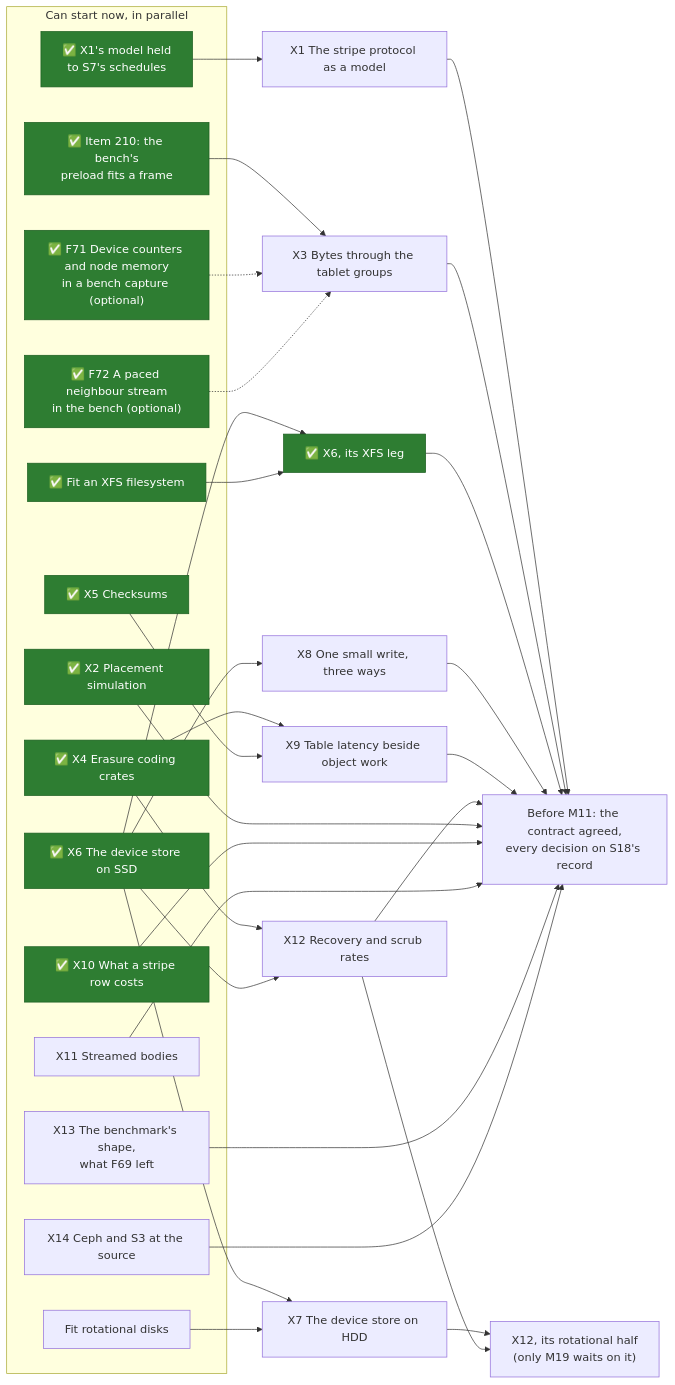
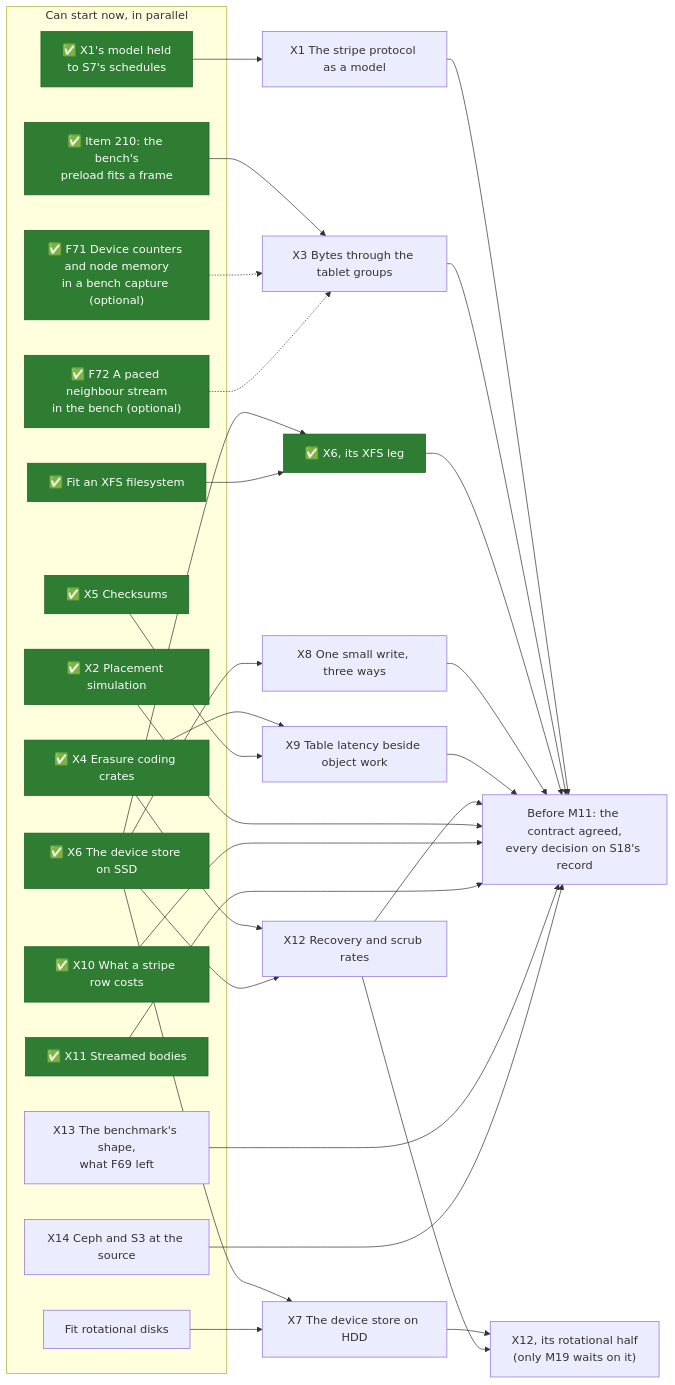
The first of 2 diagrams in docs/src/object-storage/whats-left-todo.md (mjcarson/shoal), drawn with Mermaid before and after one commit. The commit also changed other lines of this file and 73 other files, not shown here.

````diff
--- a/docs/src/object-storage/whats-left-todo.md
+++ b/docs/src/object-storage/whats-left-todo.md
@@ -26,56 +27,56 @@
 ```mermaid
 flowchart LR
     classDef done fill:#2e7d32,stroke:#1b5e20,color:#ffffff
     classDef optional stroke-dasharray: 5 5
     subgraph now["Can start now, in parallel"]
         R1["✅ X1's model held<br>to S7's schedules"]:::done
         R2["✅ Item 210: the bench's<br>preload fits a frame"]:::done
         XFS["✅ Fit an XFS filesystem"]:::done
         Disks["Fit rotational disks"]
         X2["✅ X2 Placement simulation"]:::done
         X4["✅ X4 Erasure coding crates"]:::done
         X5["✅ X5 Checksums"]:::done
         X6["✅ X6 The device store on SSD"]:::done
         X10["✅ X10 What a stripe row costs"]:::done
-        X11["X11 Streamed bodies"]
+        X11["✅ X11 Streamed bodies"]:::done
         X13["X13 The benchmark's shape,<br>what F69 left"]
         X14["X14 Ceph and S3 at the source"]
         Counters["✅ F71 Device counters and node memory<br>in a bench capture (optional)"]:::done
         Neighbour["✅ F72 A paced neighbour stream<br>in the bench (optional)"]:::done
     end
     X1["X1 The stripe protocol as a model"]
     X3["X3 Bytes through the tablet groups"]
     X6x["✅ X6, its XFS leg"]:::done
     X7["X7 The device store on HDD"]
     X8["X8 One small write, three ways"]
     X9["X9 Table latency beside object work"]
     X12["X12 Recovery and scrub rates"]
     X12r["X12, its rotational half<br>(only M19 waits on it)"]
     Gate["Before M11: the contract agreed,<br>every decision on S18's record"]
     R1 --> X1
     R2 --> X3
     X6 --> X6x
     XFS --> X6x
     X6 --> X7
     Disks --> X7
     X6 --> X8
     X4 --> X9
     X5 --> X9
     X4 --> X12
     X6 --> X12
     X7 --> X12r
     X12 --> X12r
     Counters -.-> X3
     Neighbour -.-> X3
     X1 --> Gate
     X3 --> Gate
     X6x --> Gate
     X8 --> Gate
     X9 --> Gate
     X12 --> Gate
     X2 ---> Gate
     X10 ---> Gate
     X11 ---> Gate
     X13 ---> Gate
     X14 ---> Gate
 ```
````
